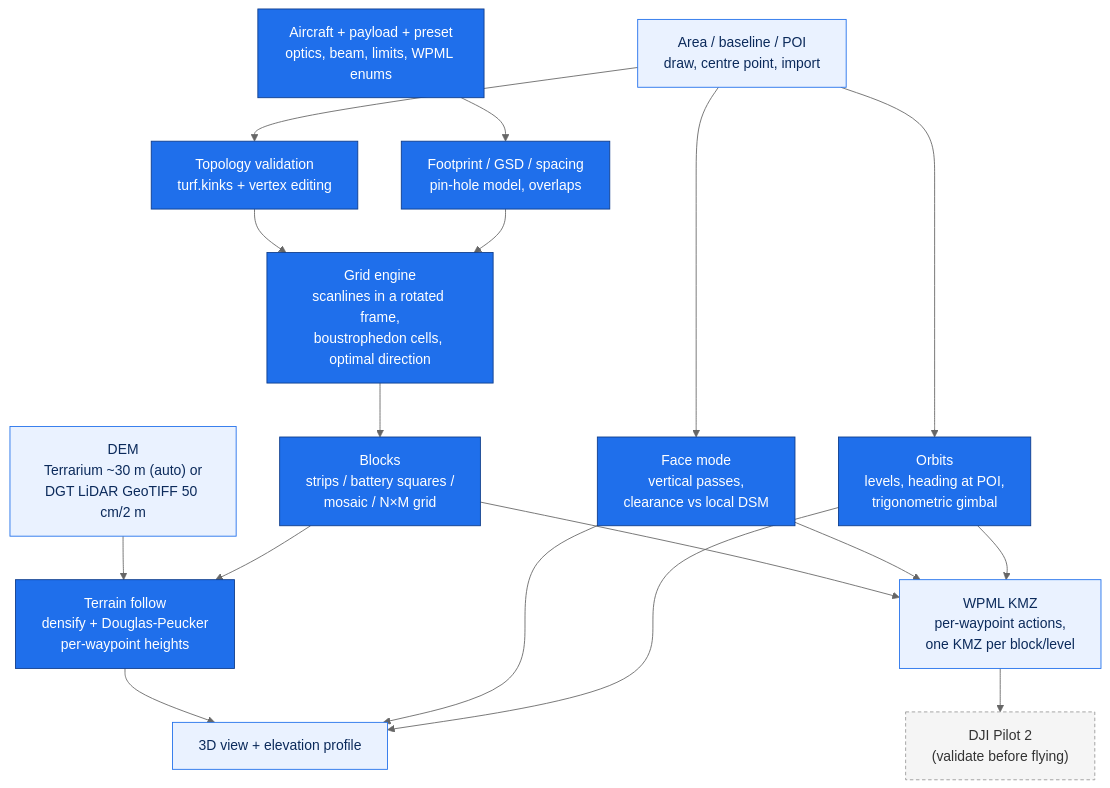
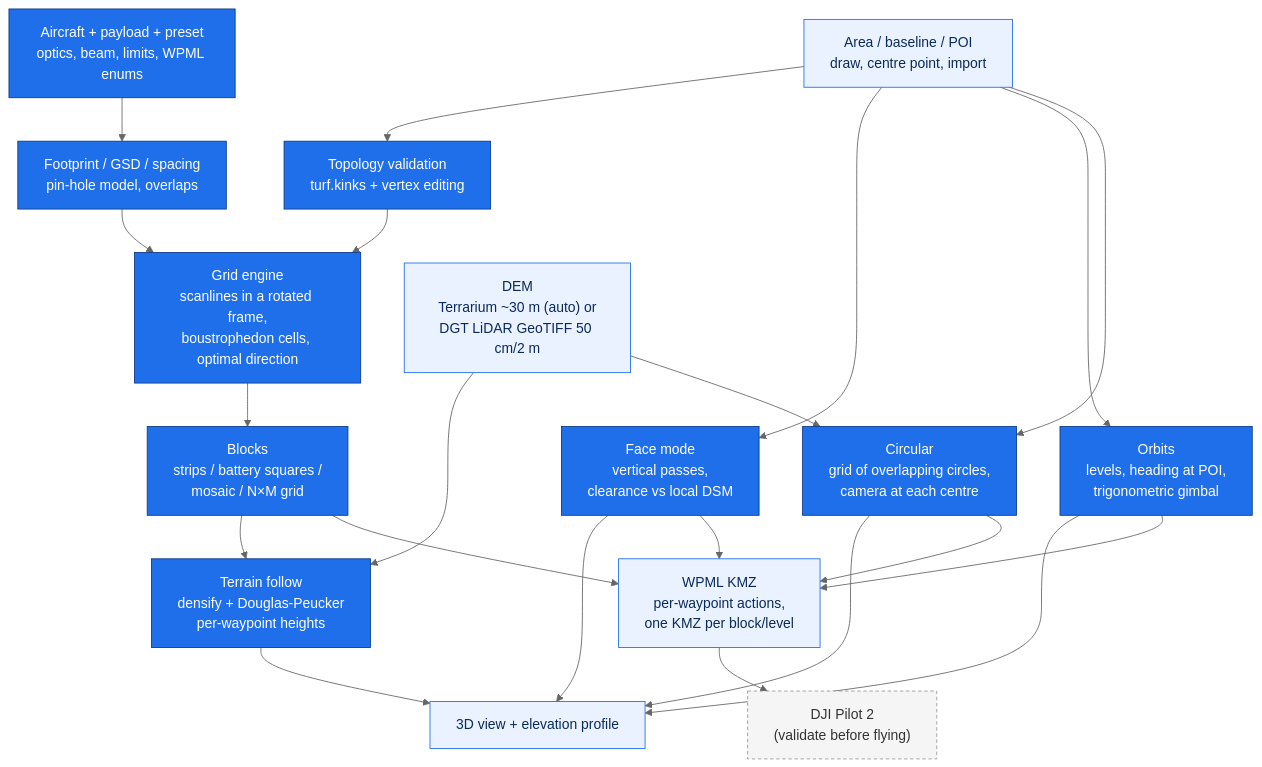
One commit to PedroMMGoncalves/dji-mission-planner changed the diagram in README.md. Above: the diagram before and after it, drawn with Mermaid (neutral theme). The commit also changed other lines of this file and 6 other files, not shown here.

````diff
--- a/README.md
+++ b/README.md
@@ -77,31 +77,36 @@
 ```mermaid
 flowchart TD
     P["Aircraft + payload + preset<br/>optics, beam, limits, WPML enums"]
     P --> C["Footprint / GSD / spacing<br/>pin-hole model, overlaps"]
     A["Area / baseline / POI<br/>draw, centre point, import"]
     A --> V["Topology validation<br/>turf.kinks + vertex editing"]
     V --> G["Grid engine<br/>scanlines in a rotated frame,<br/>boustrophedon cells, optimal direction"]
     C --> G
     G --> B["Blocks<br/>strips / battery squares /<br/>mosaic / N×M grid"]
     D["DEM<br/>Terrarium ~30 m (auto) or<br/>DGT LiDAR GeoTIFF 50 cm/2 m"]
     D --> T["Terrain follow<br/>densify + Douglas-Peucker<br/>per-waypoint heights"]
     B --> T
     FC["Face mode<br/>vertical passes,<br/>clearance vs local DSM"]
     OR["Orbits<br/>levels, heading at POI,<br/>trigonometric gimbal"]
+    CI["Circular<br/>grid of overlapping circles,<br/>camera at each centre"]
     A --> FC
     A --> OR
+    A --> CI
+    D --> CI
     T --> O3["3D view + elevation profile"]
     FC --> O3
     OR --> O3
+    CI --> O3
     B --> E2["WPML KMZ<br/>per-waypoint actions,<br/>one KMZ per block/level"]
     FC --> E2
     OR --> E2
+    CI --> E2
     E2 --> PILOT["DJI Pilot 2<br/>(validate before flying)"]
 
     classDef step fill:#1f6feb,stroke:#0d3b8a,color:#ffffff;
     classDef data fill:#eaf2ff,stroke:#1f6feb,color:#0b2a5b;
     classDef ext fill:#f5f5f5,stroke:#999999,color:#333333,stroke-dasharray:4 3;
-    class P,C,V,G,B,T,FC,OR step;
+    class P,C,V,G,B,T,FC,OR,CI step;
     class A,D,O3,E2 data;
     class PILOT ext;
 ```
````
